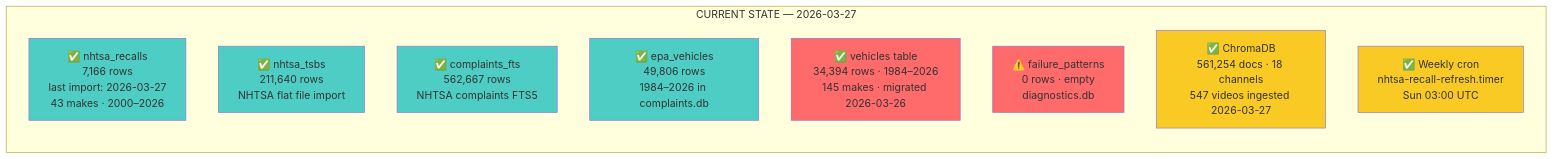
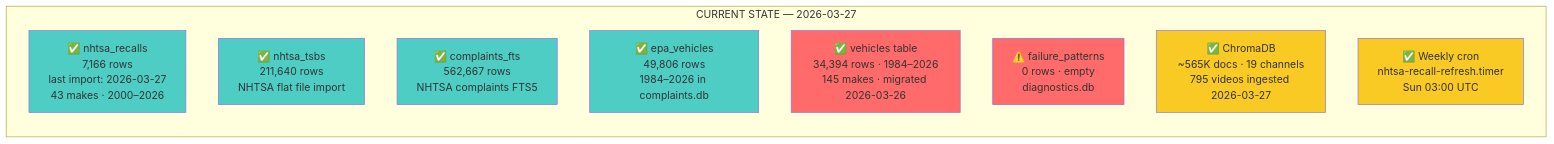
Before and after one commit to MrPoteete/automotive-diagnostic-skills: the fifth of 8 diagrams in .claude/docs/DIAGRAMS.md, drawn with Mermaid. The commit also changed other lines of this file and 2 other files, not shown here.

First line of the commit message:
docs: session close — update ChromaDB counts, manifest, GoTech added

````diff
--- a/.claude/docs/DIAGRAMS.md
+++ b/.claude/docs/DIAGRAMS.md
@@ -212,22 +212,22 @@
 ```mermaid
 graph LR
     subgraph "CURRENT STATE — 2026-03-27"
         G1["✅ nhtsa_recalls\n7,166 rows\nlast import: 2026-03-27\n43 makes · 2000–2026"]
         G2["✅ nhtsa_tsbs\n211,640 rows\nNHTSA flat file import"]
         G3["✅ complaints_fts\n562,667 rows\nNHTSA complaints FTS5"]
         G4["✅ epa_vehicles\n49,806 rows\n1984–2026 in complaints.db"]
         G5["✅ vehicles table\n34,394 rows · 1984–2026\n145 makes · migrated 2026-03-26"]
         G6["⚠️ failure_patterns\n0 rows · empty\ndiagnostics.db"]
-        G7["✅ ChromaDB\n561,254 docs · 18 channels\n547 videos ingested 2026-03-27"]
+        G7["✅ ChromaDB\n~565K docs · 19 channels\n795 videos ingested 2026-03-27"]
         G8["✅ Weekly cron\nnhtsa-recall-refresh.timer\nSun 03:00 UTC"]
     end
 
     style G1 fill:#4ecdc4
     style G2 fill:#4ecdc4
     style G3 fill:#4ecdc4
     style G4 fill:#4ecdc4
     style G5 fill:#ff6b6b
     style G6 fill:#ff6b6b
     style G7 fill:#f9ca24
     style G8 fill:#f9ca24
 ```
````
